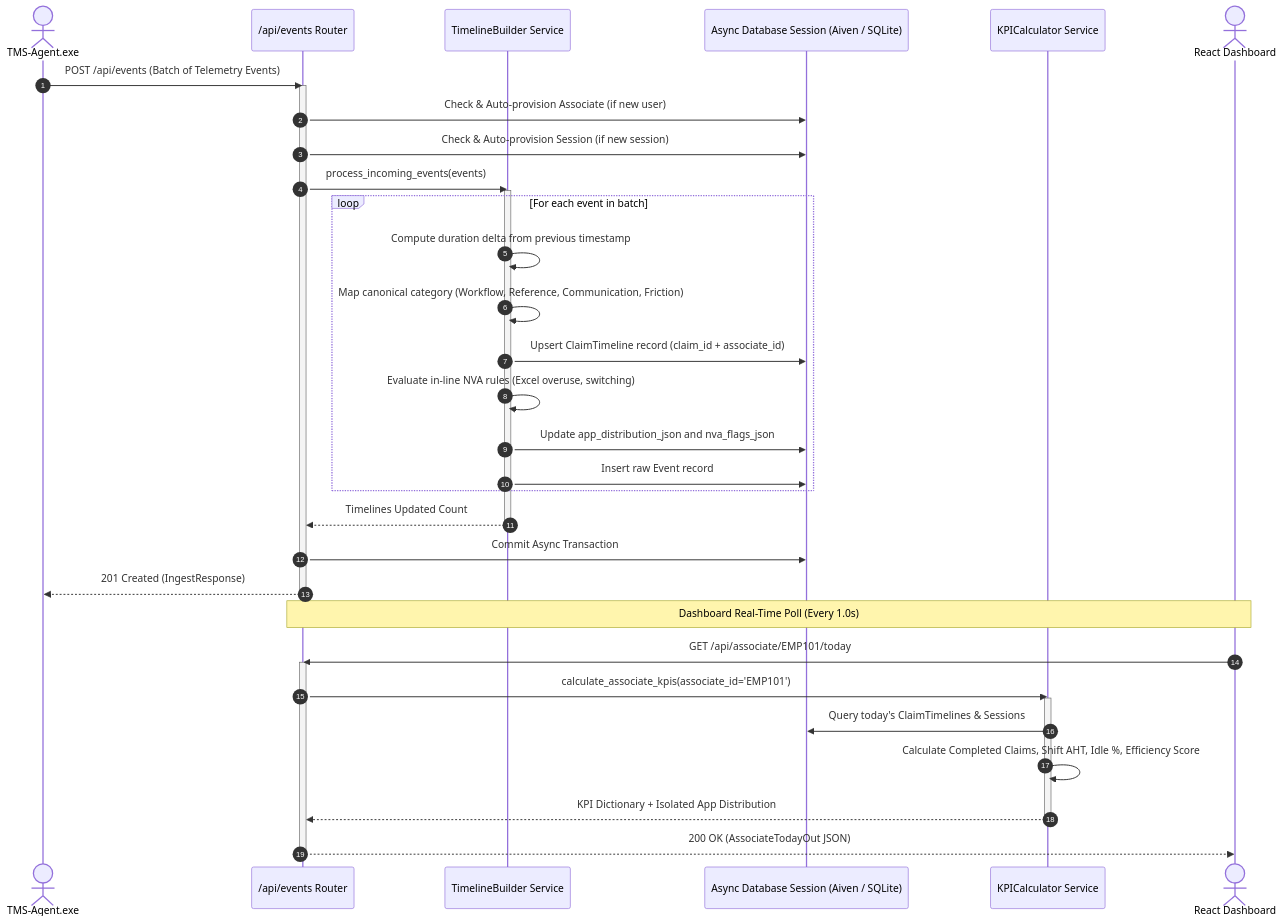
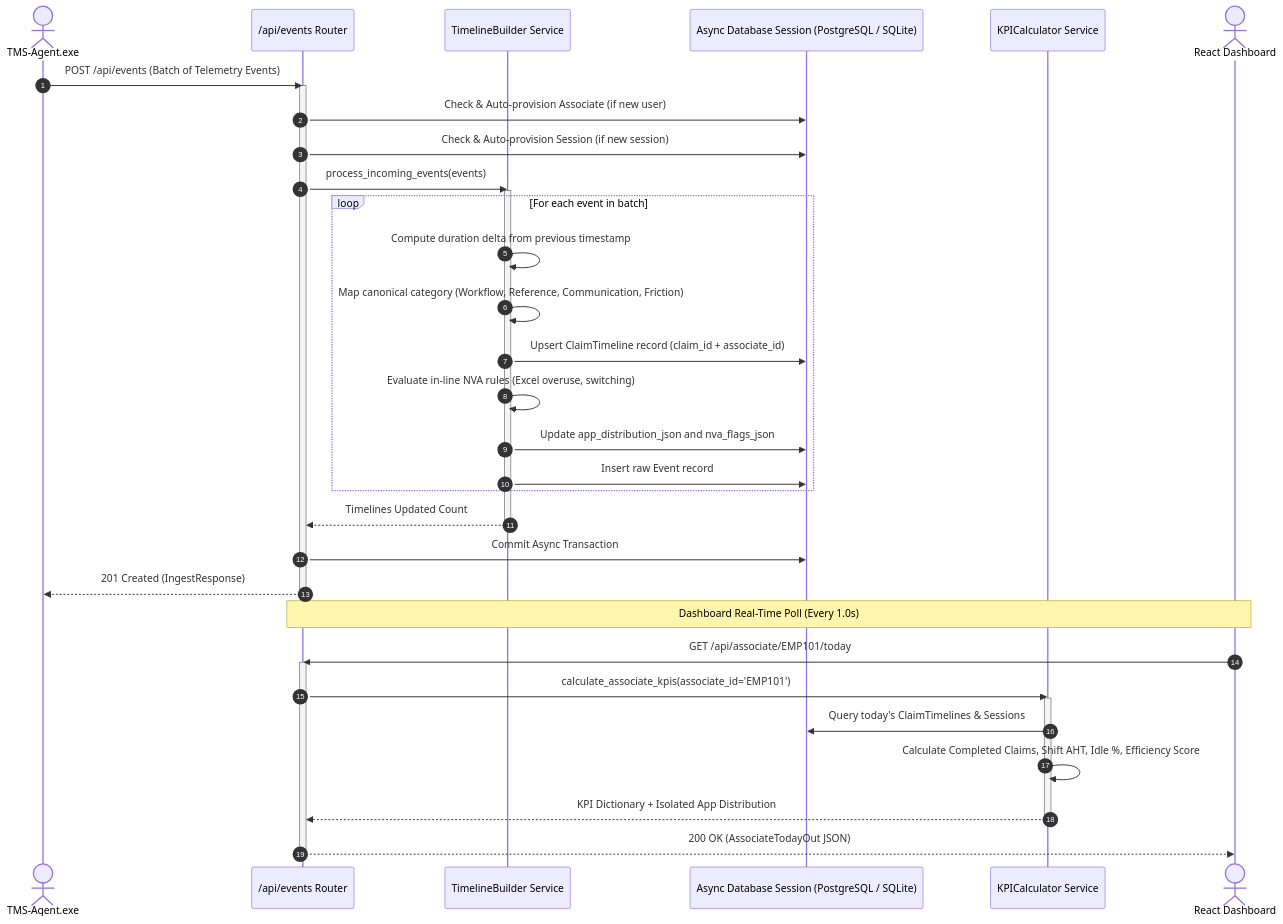
Before and after one commit to Gokul2004-ne/TMS: the third of 7 diagrams in ARCHITECTURE.md, drawn with Mermaid. The commit also changed other lines of this file and 25 other files, not shown here.

````diff
--- a/ARCHITECTURE.md
+++ b/ARCHITECTURE.md
@@ -291,44 +291,44 @@
 ```mermaid
 sequenceDiagram
     autonumber
     actor Agent as TMS-Agent.exe
     participant Route as /api/events Router
     participant TL as TimelineBuilder Service
-    participant DB as Async Database Session (Aiven / SQLite)
+    participant DB as Async Database Session (PostgreSQL / SQLite)
     participant KPI as KPICalculator Service
     actor Dash as React Dashboard
 
     Agent->>Route: POST /api/events (Batch of Telemetry Events)
     activate Route
     Route->>DB: Check & Auto-provision Associate (if new user)
     Route->>DB: Check & Auto-provision Session (if new session)
     Route->>TL: process_incoming_events(events)
     activate TL
     
     loop For each event in batch
         TL->>TL: Compute duration delta from previous timestamp
         TL->>TL: Map canonical category (Workflow, Reference, Communication, Friction)
         TL->>DB: Upsert ClaimTimeline record (claim_id + associate_id)
         TL->>TL: Evaluate in-line NVA rules (Excel overuse, switching)
         TL->>DB: Update app_distribution_json and nva_flags_json
         TL->>DB: Insert raw Event record
     end
     
     TL-->>Route: Timelines Updated Count
     deactivate TL
     Route->>DB: Commit Async Transaction
     Route-->>Agent: 201 Created (IngestResponse)
     deactivate Route
 
     Note over Dash,Route: Dashboard Real-Time Poll (Every 1.0s)
     Dash->>Route: GET /api/associate/EMP101/today
     activate Route
     Route->>KPI: calculate_associate_kpis(associate_id='EMP101')
     activate KPI
     KPI->>DB: Query today's ClaimTimelines & Sessions
     KPI->>KPI: Calculate Completed Claims, Shift AHT, Idle %, Efficiency Score
     KPI-->>Route: KPI Dictionary + Isolated App Distribution
     deactivate KPI
     Route-->>Dash: 200 OK (AssociateTodayOut JSON)
     deactivate Route
 ```
````
